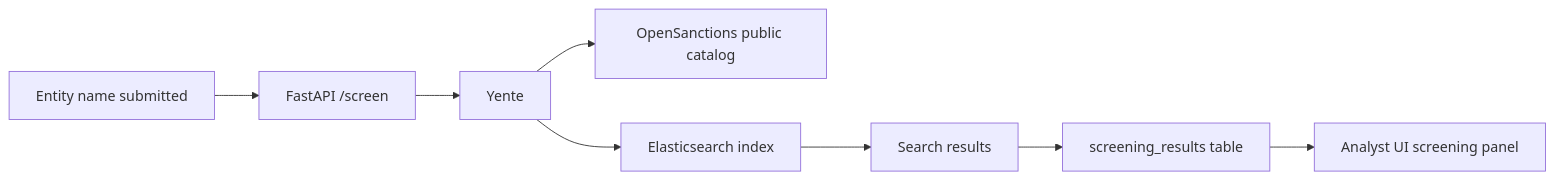
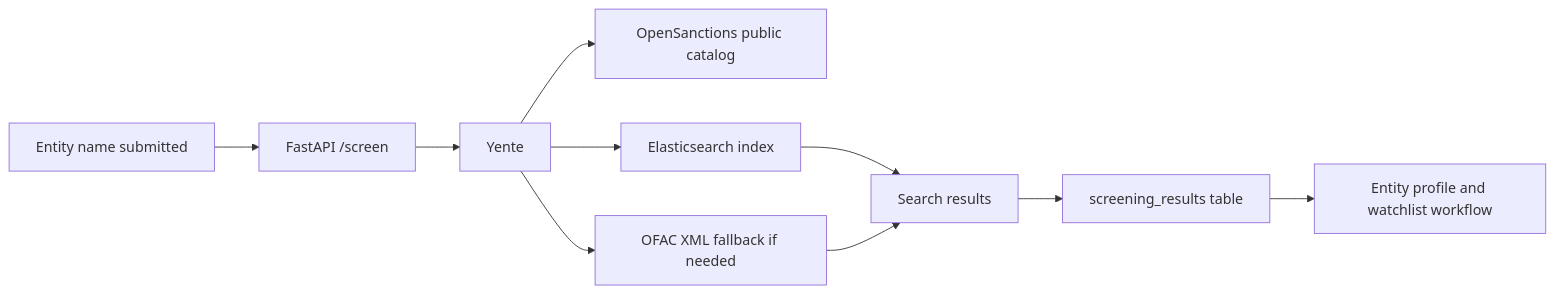
One commit to zeshaq/goaml-v2 changed the fifth of 10 diagrams in goaml-v2-project-overview-v3.md. Above: the diagram before and after it, drawn with Mermaid. The commit also changed other lines of this file and 101 other files, not shown here.

````diff
--- a/goaml-v2-project-overview-v3.md
+++ b/goaml-v2-project-overview-v3.md
@@ -212,10 +220,12 @@
 ```mermaid
 flowchart LR
     A[Entity name submitted] --> B[FastAPI /screen]
     B --> C[Yente]
     C --> D[OpenSanctions public catalog]
     C --> E[Elasticsearch index]
-    E --> F[Search results]
-    F --> G[screening_results table]
-    G --> H[Analyst UI screening panel]
+    C --> F[OFAC XML fallback if needed]
+    E --> G[Search results]
+    F --> G
+    G --> H[screening_results table]
+    H --> I[Entity profile and watchlist workflow]
 ```
````
